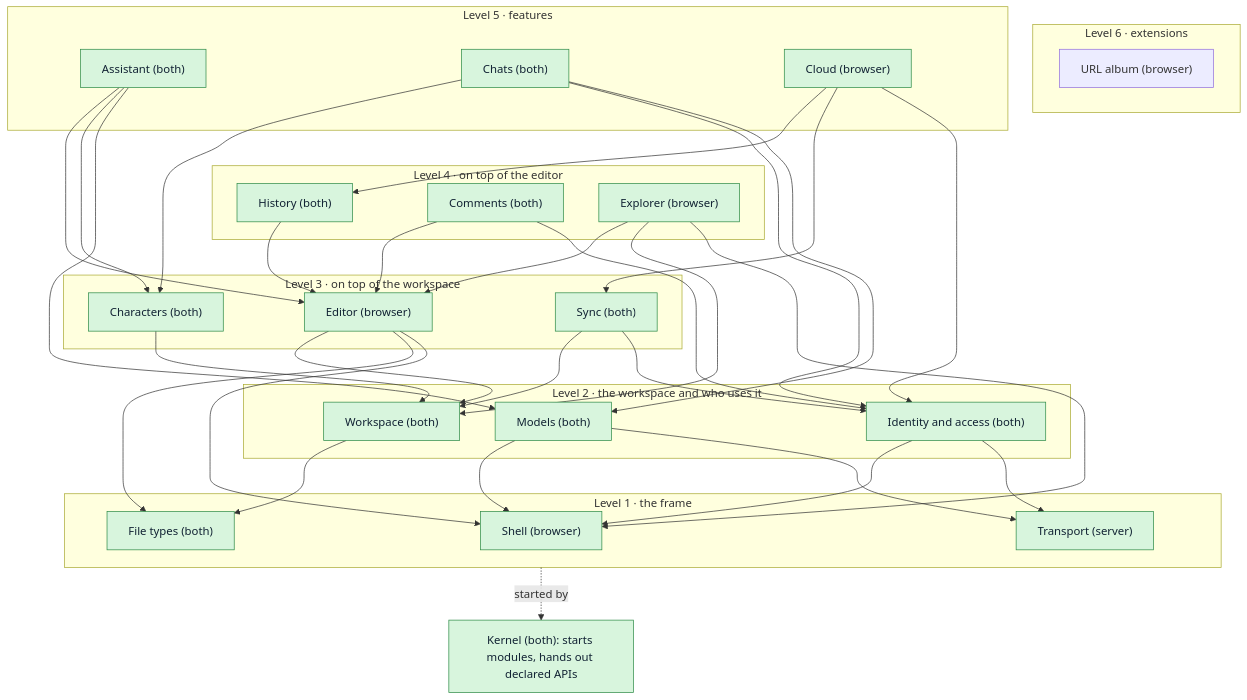
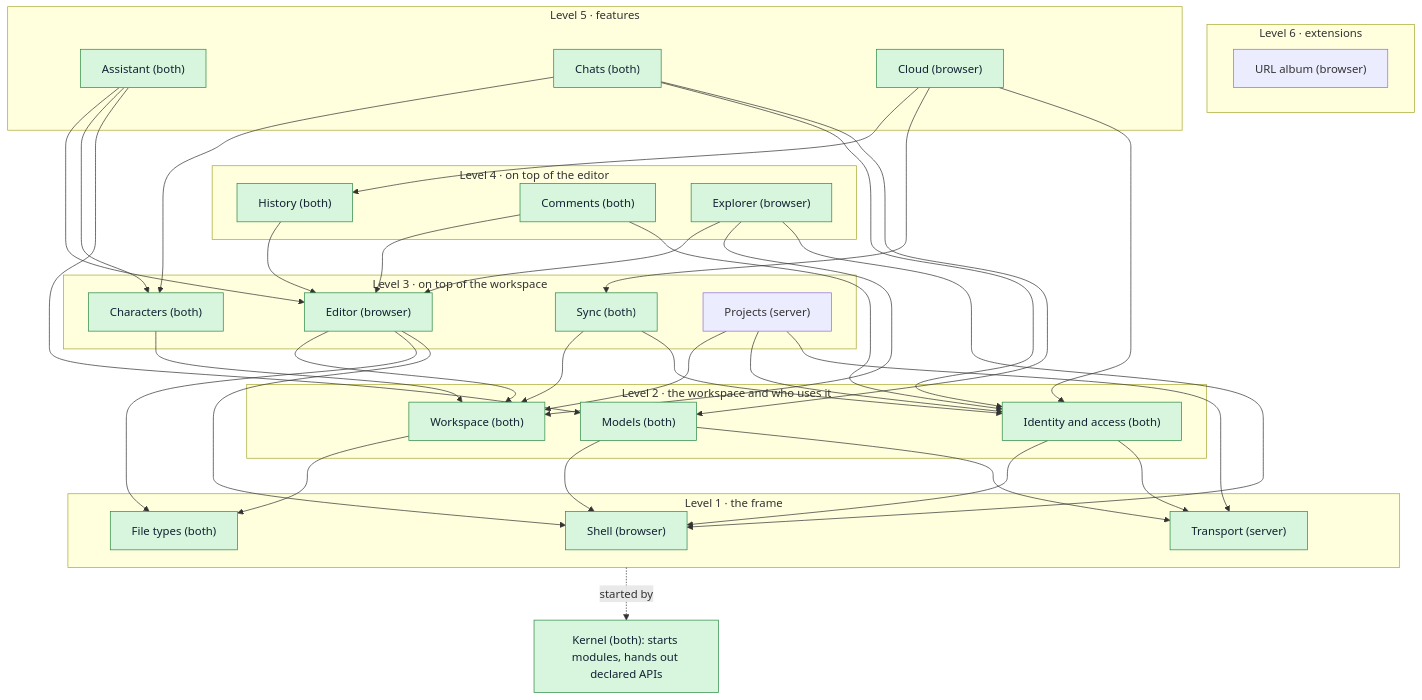
Before and after one commit to RustColeone/StiloMarker: the first of 5 diagrams in docs/ARCHITECTURE.md, drawn with Mermaid. The commit also changed other lines of this file and 32 other files, not shown here.

First line of the commit message:
The server's Projects module (v0.1.83)

````diff
--- a/docs/ARCHITECTURE.md
+++ b/docs/ARCHITECTURE.md
@@ -56,50 +56,52 @@
 ```mermaid
 flowchart TB
   subgraph L6["Level 6 · extensions"]
     UrlAlbum["URL album (browser)"]
   end
   subgraph L5["Level 5 · features"]
     Assistant["Assistant (both)"]
     Chats["Chats (both)"]
     Cloud["Cloud (browser)"]
   end
   subgraph L4["Level 4 · on top of the editor"]
     History["History (both)"]
     Comments["Comments (both)"]
     Explorer["Explorer (browser)"]
   end
   subgraph L3["Level 3 · on top of the workspace"]
     Editor["Editor (browser)"]
     Sync["Sync (both)"]
     Characters["Characters (both)"]
+    Projects["Projects (server)"]
   end
   subgraph L2["Level 2 · the workspace and who uses it"]
     Workspace["Workspace (both)"]
     Identity["Identity and access (both)"]
     Models["Models (both)"]
   end
   subgraph L1["Level 1 · the frame"]
     Shell["Shell (browser)"]
     Transport["Transport (server)"]
     FileTypes["File types (both)"]
   end
   Kernel["Kernel (both): starts modules, hands out declared APIs"]
 
   Assistant --> Editor & Characters & Models
   Chats --> Characters & Identity & Models
   Cloud --> History & Sync & Identity
   History --> Editor
   Comments --> Editor & Identity
   Explorer --> Editor & Workspace & Shell
   Editor --> Workspace & FileTypes & Shell
   Characters --> Workspace
+  Projects --> Workspace & Identity & Transport
   Sync --> Workspace & Identity
   Workspace --> FileTypes
   Identity --> Shell & Transport
   Models --> Shell & Transport
   L1 -.started by.-> Kernel
   L5 ~~~ L4 ~~~ L3 ~~~ L2 ~~~ L1
 
   classDef built fill:#d8f5dd,stroke:#2e8b47,color:#123;
   class Shell,Transport,FileTypes,Workspace,Identity,Models,Sync,Editor,Characters,History,Comments,Explorer,Assistant,Chats,Cloud,Kernel built;
 ```
````
